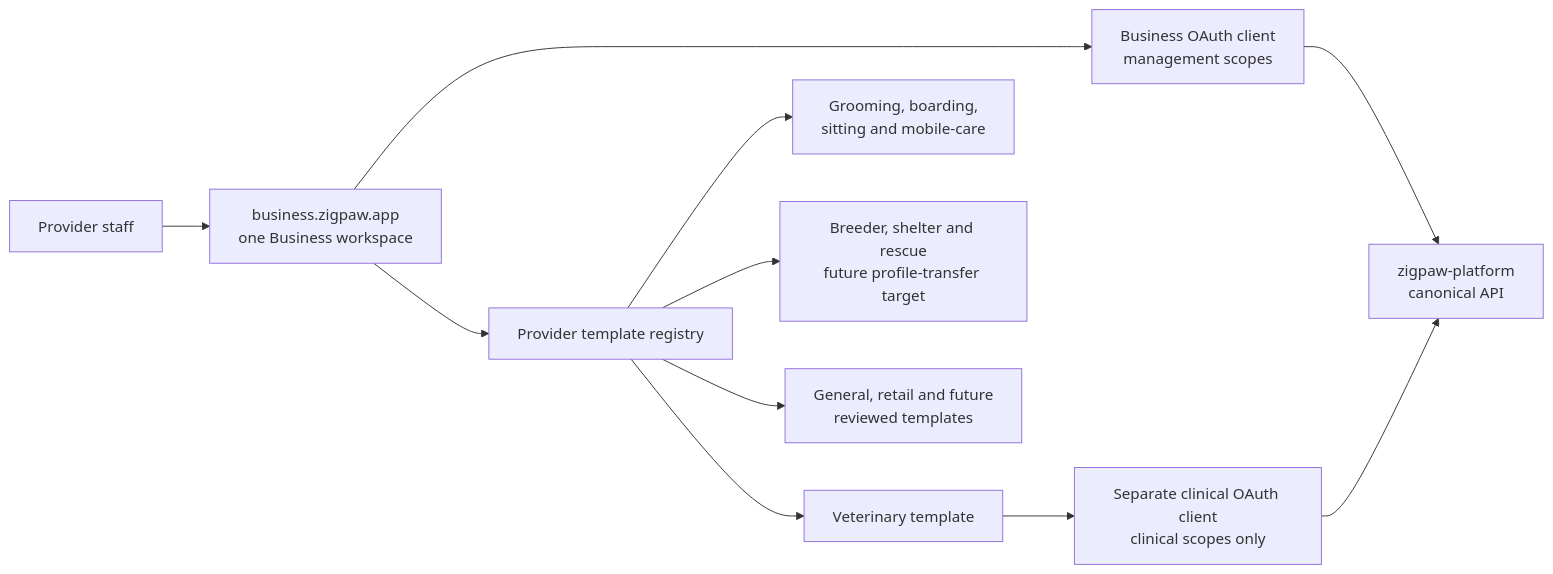
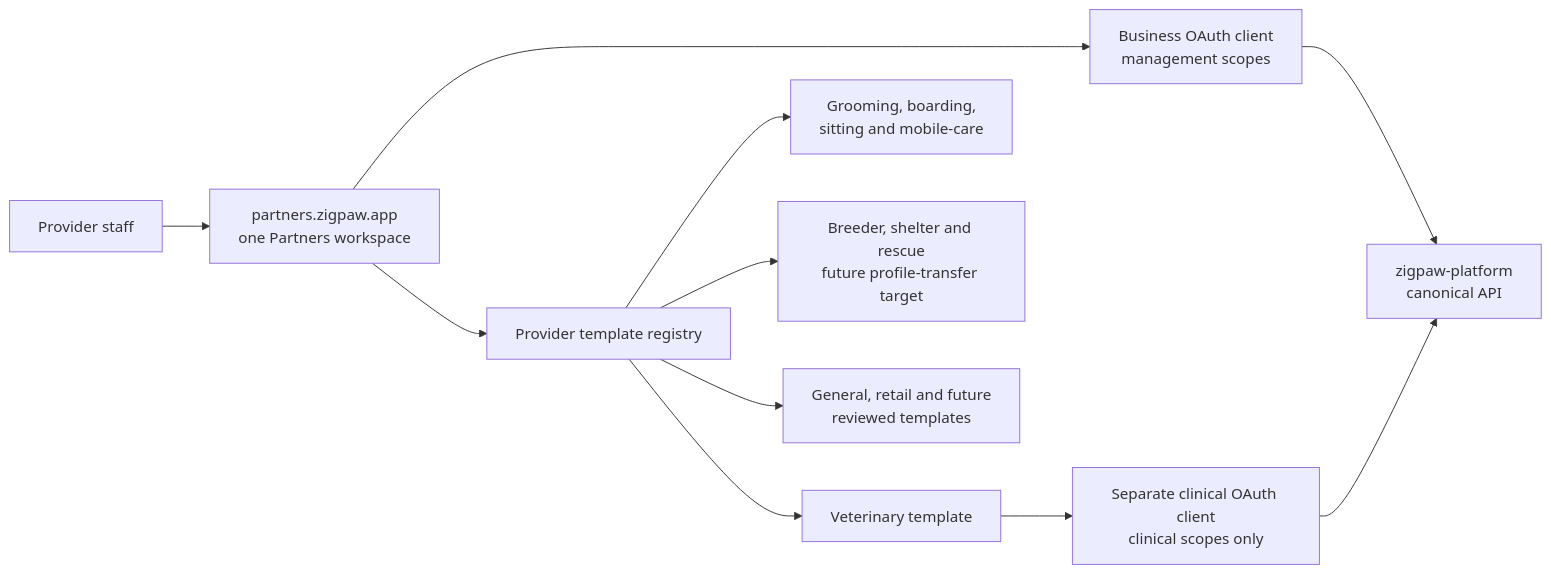
One commit to boreanis/zigpaw-business changed the first of 4 diagrams in README.md. Above: the diagram before and after it, drawn with Mermaid. The commit also changed other lines of this file and 40 other files, not shown here.

Commit message:
Adopt Zigpaw Partners and fix workspace account switching

````diff
--- a/README.md
+++ b/README.md
@@ -125,13 +157,13 @@
 ```mermaid
 flowchart LR
-    User["Provider staff"] --> Workspace["business.zigpaw.app<br/>one Business workspace"]
+    User["Provider staff"] --> Workspace["partners.zigpaw.app<br/>one Partners workspace"]
     Workspace --> Registry["Provider template registry"]
     Registry --> Vet["Veterinary template"]
     Registry --> Care["Grooming, boarding,<br/>sitting and mobile-care"]
     Registry --> Transfer["Breeder, shelter and rescue<br/>future profile-transfer target"]
     Registry --> General["General, retail and future<br/>reviewed templates"]
     Workspace --> Management["Business OAuth client<br/>management scopes"]
     Vet --> Clinical["Separate clinical OAuth client<br/>clinical scopes only"]
     Management --> API["zigpaw-platform<br/>canonical API"]
     Clinical --> API
 ```
````
